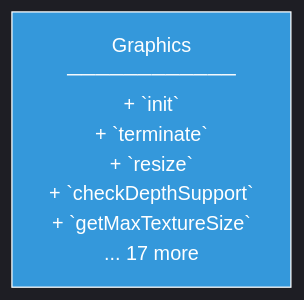
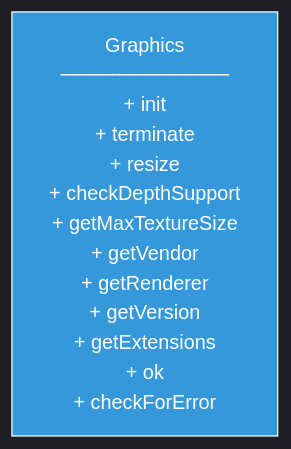
The diagram in docs/authoring/01_core/api/cpp/framework/diagrams/graphics.mmd (lukaszj321/otcv8-dev), drawn with Mermaid before and after one commit. The commit also changed 62 other files, not shown here.

First line of the commit message:
Fix comment spacing and expand truncated diagrams

```diff
--- a/docs/authoring/01_core/api/cpp/framework/diagrams/graphics.mmd
+++ b/docs/authoring/01_core/api/cpp/framework/diagrams/graphics.mmd
@@ -1,5 +1,5 @@
 %%{init: {'theme':'dark','themeVariables': {'primaryTextColor':'#ddd','lineColor':'#9aa0a6'}, 'securityLevel':'loose'}}%%
 graph TD
     classDef api fill:#3498db,stroke:#fff,color:#fff;
     
-    Graphics["Graphics<br/>────────────<br/>+ `init`<br/>+ `terminate`<br/>+ `resize`<br/>+ `checkDepthSupport`<br/>+ `getMaxTextureSize`<br/>... 17 more<br/>"]:::api
+    Graphics["Graphics<br/>────────────<br/>+ init<br/>+ terminate<br/>+ resize<br/>+ checkDepthSupport<br/>+ getMaxTextureSize<br/>+ getVendor<br/>+ getRenderer<br/>+ getVersion<br/>+ getExtensions<br/>+ ok<br/>+ checkForError<br/>"]:::api
```
